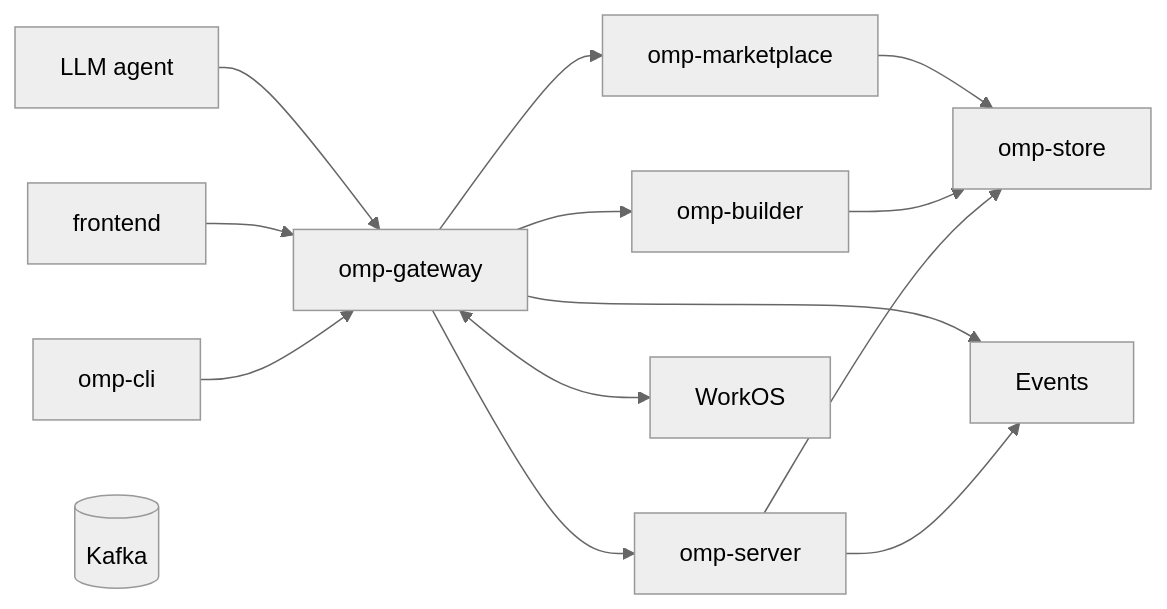
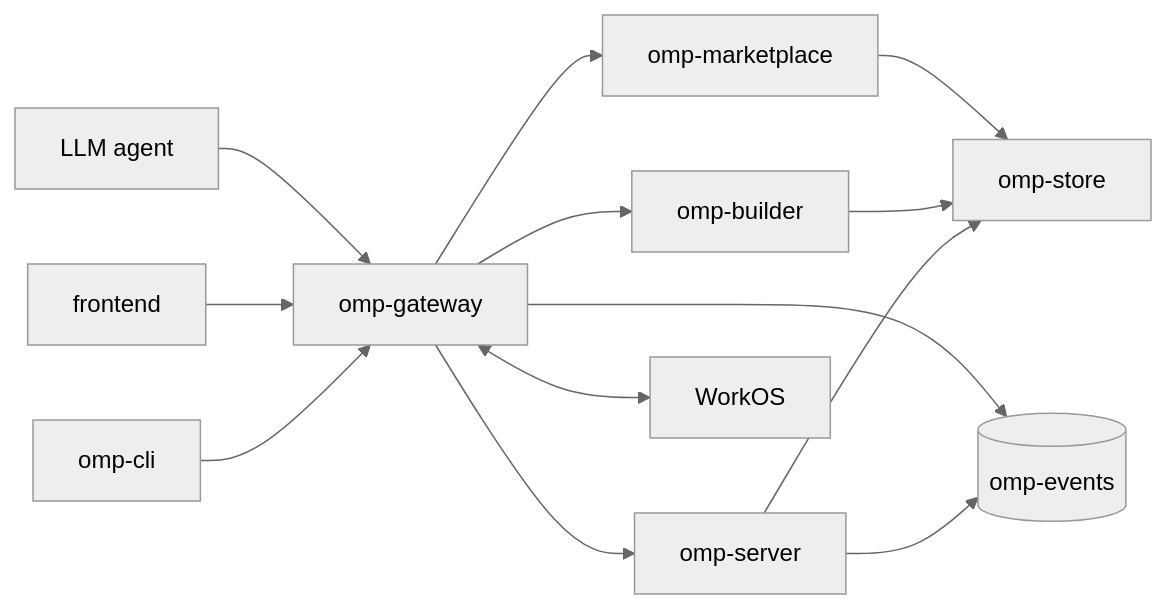
Before and after one commit to CutieillFusion/OpenMemoryProtocol: the diagram in docs/micro_arch.md, drawn with Mermaid (neutral theme).

Commit message:
didn't actually update it lol

````diff
--- a/docs/micro_arch.md
+++ b/docs/micro_arch.md
@@ -3,31 +3,31 @@
 ```mermaid
 flowchart LR
     CLI["omp-cli"]
     UI["frontend"]
     Agent["LLM agent"]
 
     GW["omp-gateway"]
     Server["omp-server"]
     Store["omp-store"]
     Builder["omp-builder"]
     Market["omp-marketplace"]
 
-    Kafka[("Kafka")]
+    Kafka[("omp-events")]
     WorkOS["WorkOS"]
 
     CLI --> GW
     UI --> GW
     Agent --> GW
 
     GW --> Server
     GW --> Builder
     GW --> Market
     GW <--> WorkOS
 
     Server --> Store
     Builder --> Store
     Market --> Store
 
-    Server --> Events
-    GW --> Events
+    Server --> Kafka
+    GW --> Kafka
 ```
````
